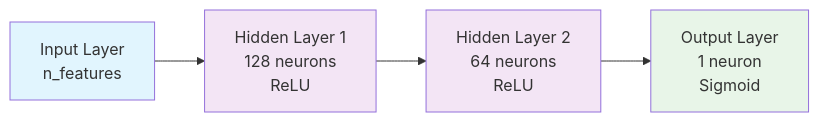
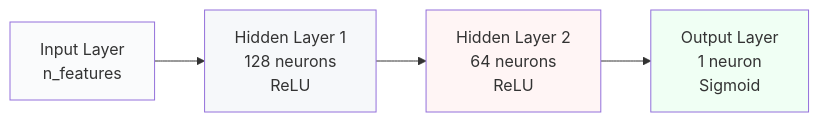
One commit to jihed01-sc/Detecting-Cybersecurity-Threats-using-Deep-Learning changed the first of 3 diagrams in README.md. Above: the diagram before and after it, drawn with Mermaid.

Commit message:
README.md

````diff
--- a/README.md
+++ b/README.md
@@ -79,11 +79,11 @@
 ```mermaid
 graph LR
     A[Input Layer<br/>n_features] --> B[Hidden Layer 1<br/>128 neurons<br/>ReLU]
     B --> C[Hidden Layer 2<br/>64 neurons<br/>ReLU]
     C --> D[Output Layer<br/>1 neuron<br/>Sigmoid]
     
-    style A fill:#e1f5fe
-    style B fill:#f3e5f5
-    style C fill:#f3e5f5
-    style D fill:#e8f5e8
+style A fill:#fafbfc
+style B fill:#f6f8fa
+style C fill:#fff5f5
+style D fill:#f0fff4
 ```
````
